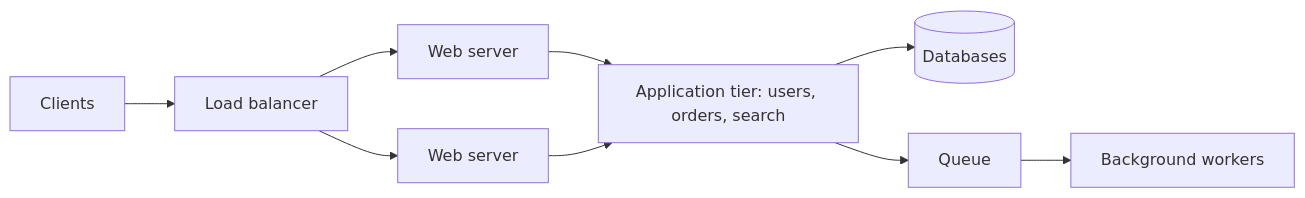
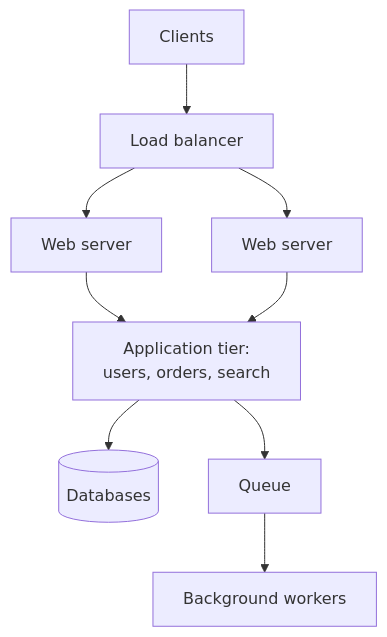
Before and after one commit to butyavk/system-design: the first of 2 diagrams in src/content/docs/architecture/monolith-and-microservices.mdx, drawn with Mermaid. The commit also changed other lines of this file and 144 other files, not shown here.

````diff
--- a/src/content/docs/architecture/monolith-and-microservices.mdx
+++ b/src/content/docs/architecture/monolith-and-microservices.mdx
@@ -23,10 +23,10 @@
 ```mermaid
-flowchart LR
+flowchart TB
   clients["Clients"] --> lb["Load balancer"]
   lb --> web1["Web server"]
   lb --> web2["Web server"]
-  web1 & web2 --> app["Application tier: users, orders, search"]
+  web1 & web2 --> app["Application tier:<br/>users, orders, search"]
   app --> db[("Databases")]
   app --> q["Queue"]
   q --> workers["Background workers"]
 ```
````
